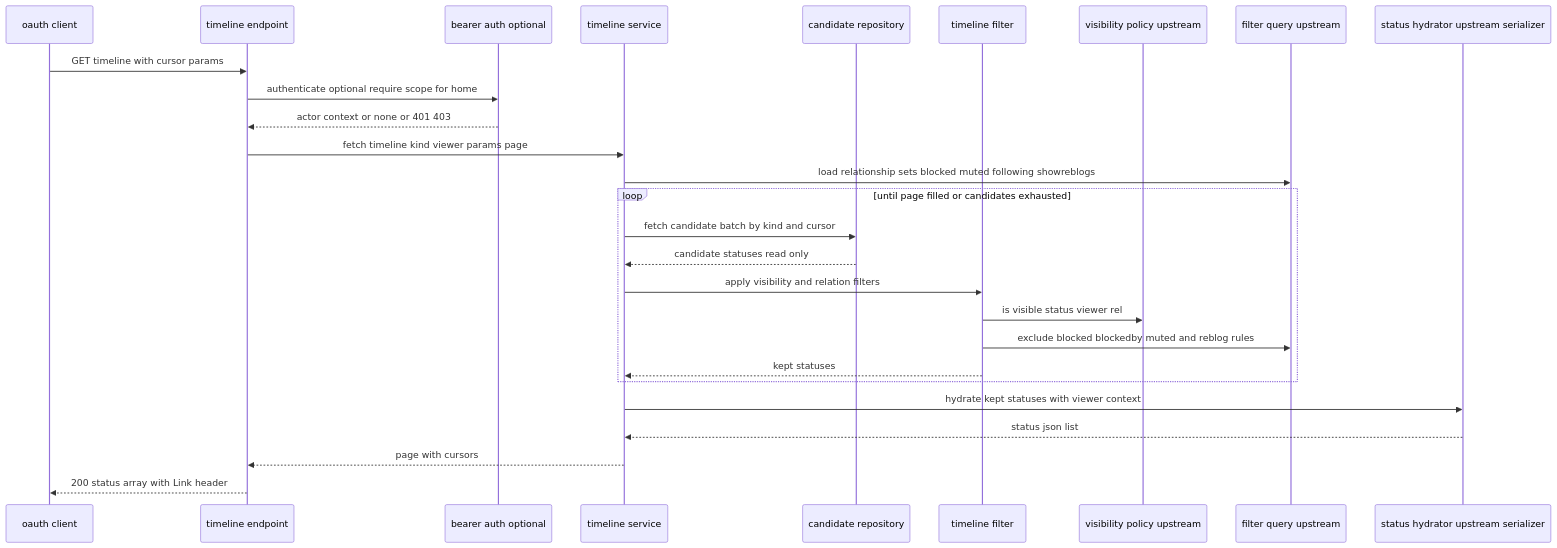
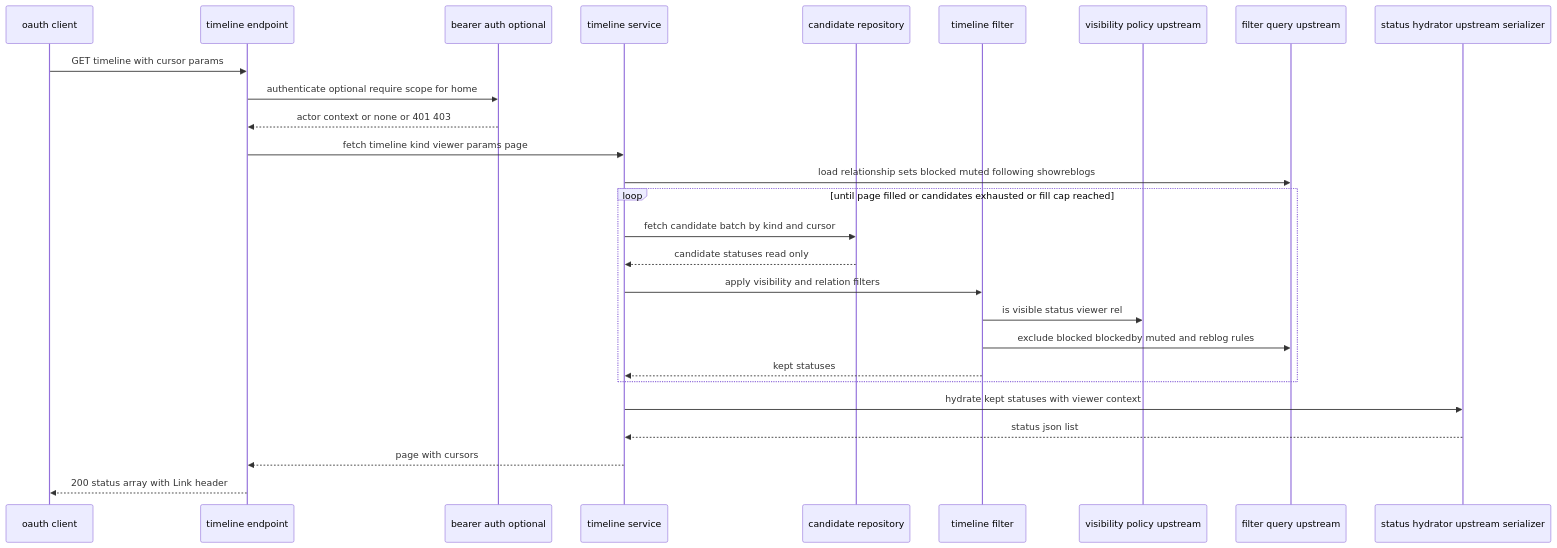
One commit to mat-der-D/kawasemi changed the second of 3 diagrams in .kiro/specs/timelines/design.md. Above: the diagram before and after it, drawn with Mermaid. The commit also changed other lines of this file and 10 other files, not shown here.

````diff
--- a/.kiro/specs/timelines/design.md
+++ b/.kiro/specs/timelines/design.md
@@ -169,29 +170,29 @@
 ```mermaid
 sequenceDiagram
     participant Client as oauth client
     participant Ep as timeline endpoint
     participant Auth as bearer auth optional
     participant Svc as timeline service
     participant Repo as candidate repository
     participant Filter as timeline filter
     participant Vis as visibility policy upstream
     participant Rel as filter query upstream
     participant Hyd as status hydrator upstream serializer
     Client->>Ep: GET timeline with cursor params
     Ep->>Auth: authenticate optional require scope for home
     Auth-->>Ep: actor context or none or 401 403
     Ep->>Svc: fetch timeline kind viewer params page
     Svc->>Rel: load relationship sets blocked muted following showreblogs
-    loop until page filled or candidates exhausted
+    loop until page filled or candidates exhausted or fill cap reached
         Svc->>Repo: fetch candidate batch by kind and cursor
         Repo-->>Svc: candidate statuses read only
         Svc->>Filter: apply visibility and relation filters
         Filter->>Vis: is visible status viewer rel
         Filter->>Rel: exclude blocked blockedby muted and reblog rules
         Filter-->>Svc: kept statuses
     end
     Svc->>Hyd: hydrate kept statuses with viewer context
     Hyd-->>Svc: status json list
     Svc-->>Ep: page with cursors
     Ep-->>Client: 200 status array with Link header
 ```
````
